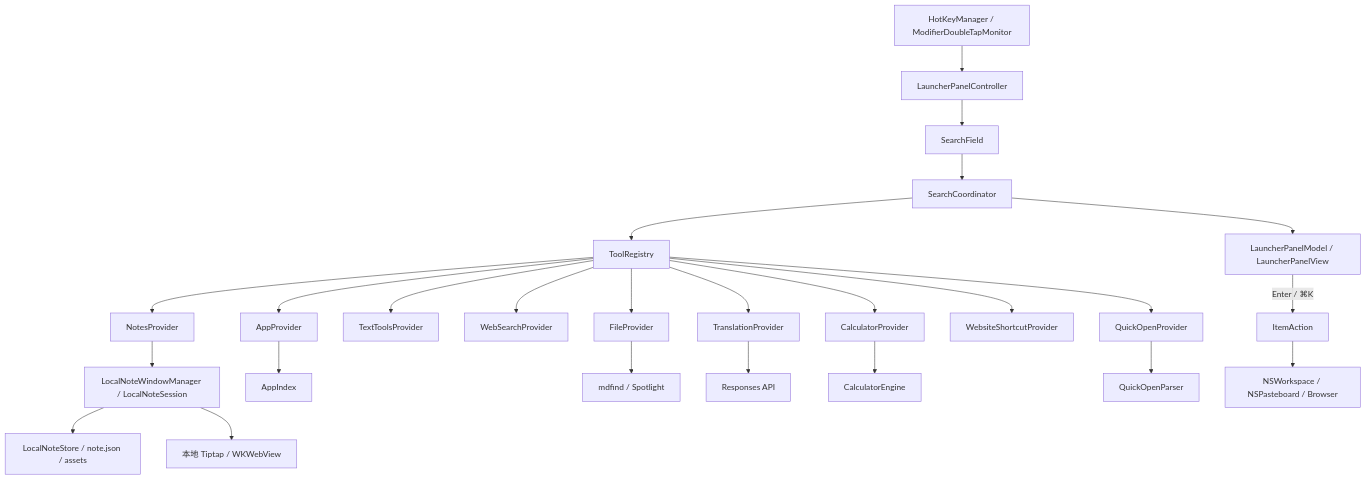
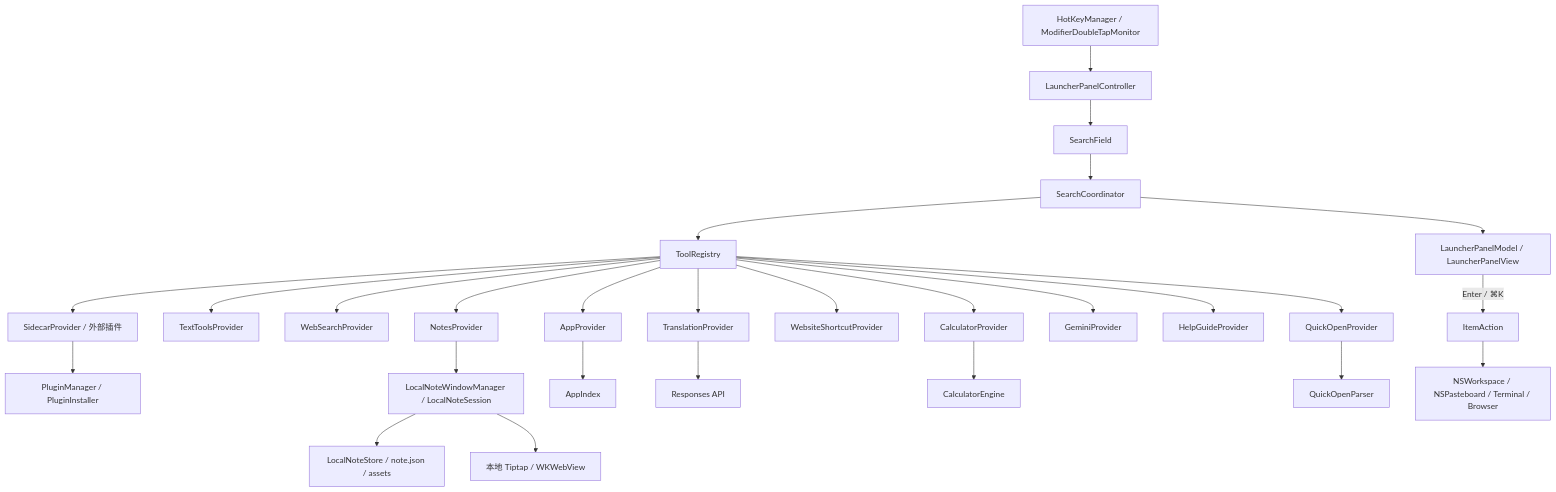
One commit to CrxusDonts/DontsTool changed the diagram in docs/architecture.md. Above: the diagram before and after it, drawn with Mermaid. The commit also changed other lines of this file and 63 other files, not shown here.

Commit message:
feat: add microkernel Sidecar plugin architecture and GitHub plugin store (v0.3.0)

````diff
--- a/docs/architecture.md
+++ b/docs/architecture.md
@@ -53,27 +53,29 @@
 ```mermaid
 flowchart TD
     HK[HotKeyManager / ModifierDoubleTapMonitor] --> Panel[LauncherPanelController]
     Panel --> Field[SearchField]
     Field --> Coord[SearchCoordinator]
     Coord --> Registry[ToolRegistry]
     Registry --> AppP[AppProvider]
-    Registry --> FileP[FileProvider]
     Registry --> TextP[TextToolsProvider]
     Registry --> WebP[WebSearchProvider]
     Registry --> TransP[TranslationProvider]
     Registry --> CalcP[CalculatorProvider]
     Registry --> QuickP[QuickOpenProvider]
     Registry --> SiteP[WebsiteShortcutProvider]
     Registry --> NoteP[NotesProvider]
+    Registry --> GeminiP[GeminiProvider]
+    Registry --> GuideP[HelpGuideProvider]
+    Registry --> SidecarP[SidecarProvider / 外部插件]
+    SidecarP --> PluginMgr[PluginManager / PluginInstaller]
     NoteP --> Notes[LocalNoteWindowManager / LocalNoteSession]
     Notes --> NoteStore[LocalNoteStore / note.json / assets]
     Notes --> NoteWeb[本地 Tiptap / WKWebView]
     AppP --> Index[AppIndex]
-    FileP --> Spotlight[mdfind / Spotlight]
     TransP --> RemoteAPI[Responses API]
     CalcP --> Calc[CalculatorEngine]
     QuickP --> QParser[QuickOpenParser]
     Coord --> List[LauncherPanelModel / LauncherPanelView]
     List -->|Enter / ⌘K| Action[ItemAction]
-    Action --> System[NSWorkspace / NSPasteboard / Browser]
+    Action --> System[NSWorkspace / NSPasteboard / Terminal / Browser]
 ```
````
